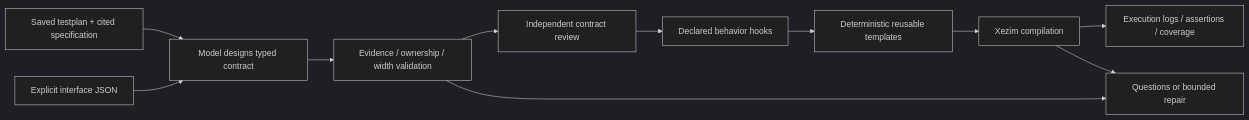
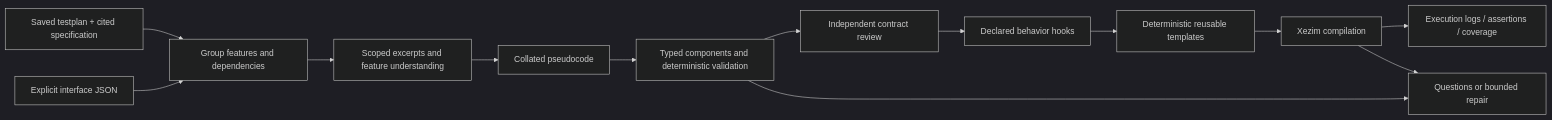
One commit to thsreen/dv_amuse changed the diagram in docs/CODE_GENERATION.md. Above: the diagram before and after it, drawn with Mermaid (dark theme). The commit also changed other lines of this file and 137 other files, not shown here.

````diff
--- a/docs/CODE_GENERATION.md
+++ b/docs/CODE_GENERATION.md
@@ -9,13 +11,15 @@
 ```mermaid
 flowchart LR
-    P[Saved testplan + cited specification] --> D[Model designs typed contract]
+    P[Saved testplan + cited specification] --> D[Group features and dependencies]
     I[Explicit interface JSON] --> D
-    D --> V[Evidence / ownership / width validation]
+    D --> U[Scoped excerpts and feature understanding]
+    U --> S[Collated pseudocode]
+    S --> V[Typed components and deterministic validation]
     V --> R[Independent contract review]
     R --> H[Declared behavior hooks]
     H --> T[Deterministic reusable templates]
     T --> C[Xezim compilation]
     C --> E[Execution logs / assertions / coverage]
     V --> Q[Questions or bounded repair]
     C --> Q
 ```
````
